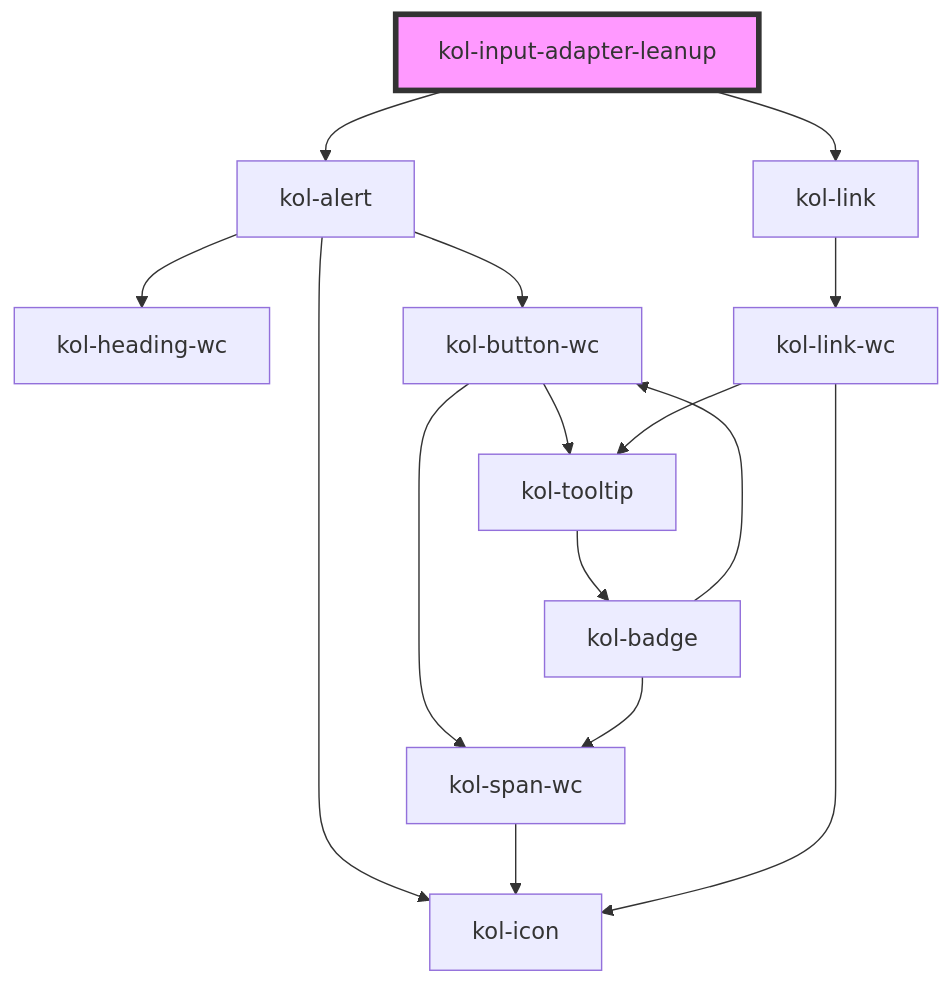
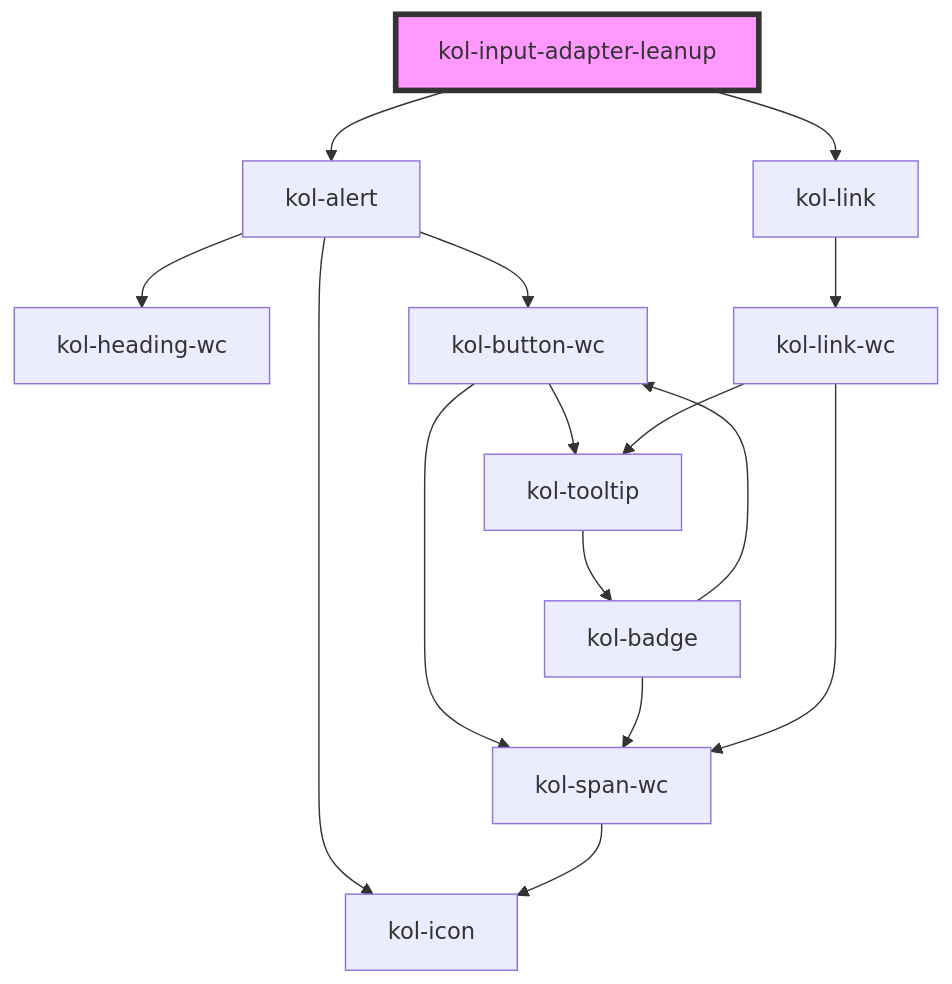
Before and after one commit to public-ui/kolibri: the diagram in packages/library/src/components/input-adapter-leanup/readme.md, drawn with Mermaid. The commit also changed 22 other files, not shown here.

````diff
--- a/packages/library/src/components/input-adapter-leanup/readme.md
+++ b/packages/library/src/components/input-adapter-leanup/readme.md
@@ -123,18 +123,18 @@
 ```mermaid
 graph TD;
   kol-input-adapter-leanup --> kol-alert
   kol-input-adapter-leanup --> kol-link
   kol-alert --> kol-heading-wc
   kol-alert --> kol-button-wc
   kol-alert --> kol-icon
   kol-button-wc --> kol-span-wc
   kol-button-wc --> kol-tooltip
   kol-span-wc --> kol-icon
   kol-tooltip --> kol-badge
   kol-badge --> kol-span-wc
   kol-badge --> kol-button-wc
   kol-link --> kol-link-wc
-  kol-link-wc --> kol-icon
+  kol-link-wc --> kol-span-wc
   kol-link-wc --> kol-tooltip
   style kol-input-adapter-leanup fill:#f9f,stroke:#333,stroke-width:4px
 ```
````
